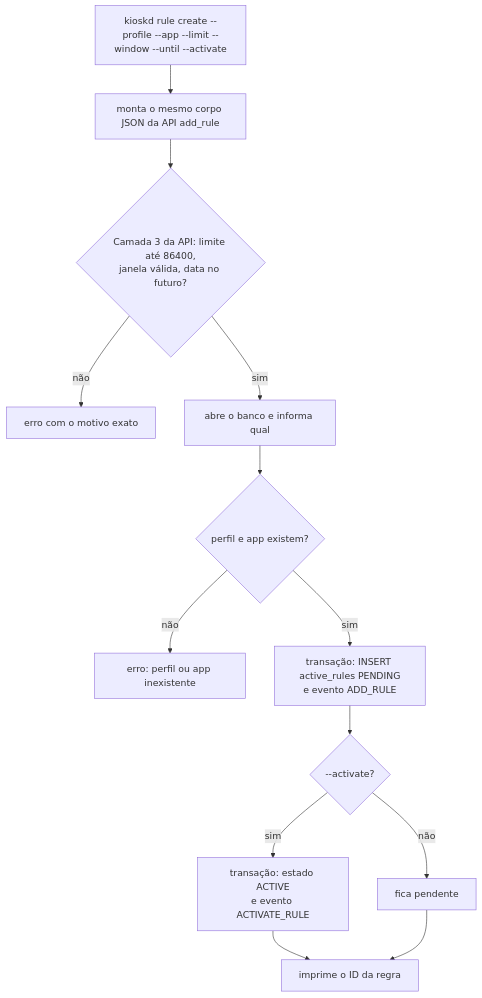
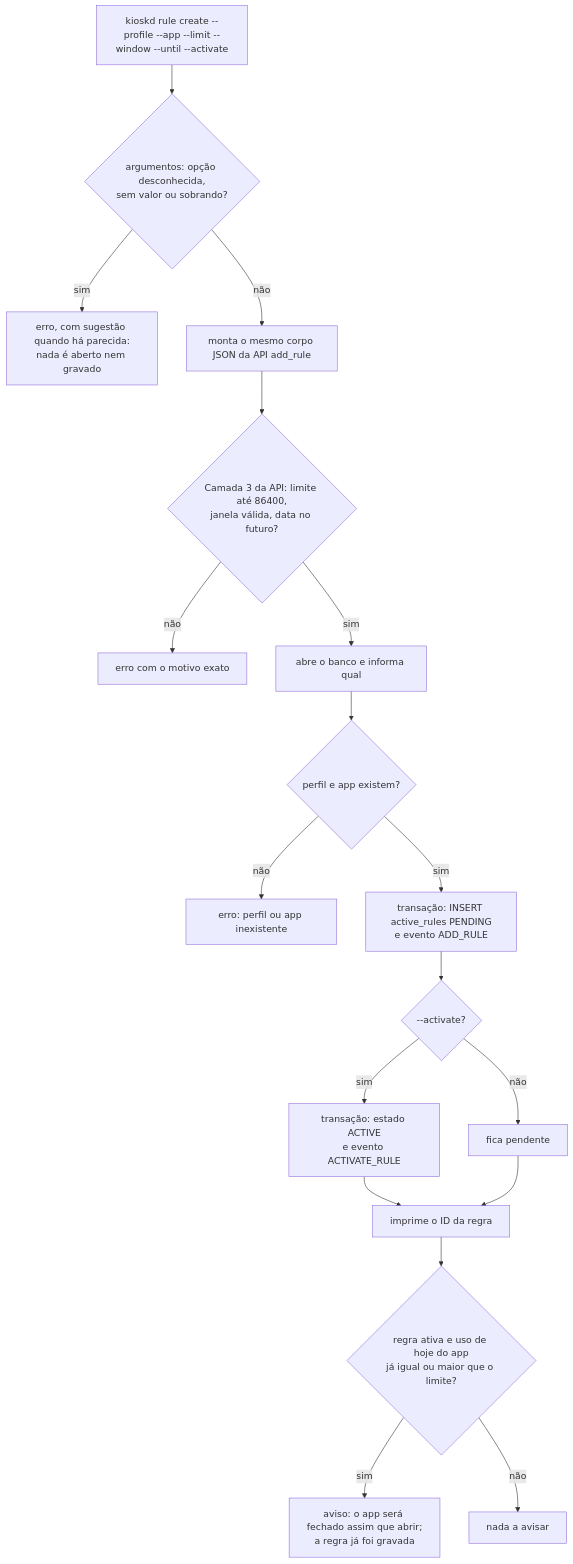
One commit to jefersonlop3s/kiosk-engine changed diagram 13 of 28 in docs/architecture/fluxos-dos-comandos.md. Above: the diagram before and after it, drawn with Mermaid. The commit also changed other lines of this file and 11 other files, not shown here.

First line of the commit message:
fix(cli): recusa opção desconhecida e avisa quando o limite já nasce ultrapassado

````diff
--- a/docs/architecture/fluxos-dos-comandos.md
+++ b/docs/architecture/fluxos-dos-comandos.md
@@ -200,15 +203,20 @@
 ```mermaid
 flowchart TD
-    A["kioskd rule create --profile --app --limit --window --until --activate"] --> B["monta o mesmo corpo JSON da API add_rule"]
+    A["kioskd rule create --profile --app --limit --window --until --activate"] --> A2{"argumentos: opção desconhecida,<br/>sem valor ou sobrando?"}
+    A2 -->|sim| E0["erro, com sugestão quando há parecida:<br/>nada é aberto nem gravado"]
+    A2 -->|não| B["monta o mesmo corpo JSON da API add_rule"]
     B --> C{"Camada 3 da API: limite até 86400,<br/>janela válida, data no futuro?"}
     C -->|não| E1["erro com o motivo exato"]
     C -->|sim| D["abre o banco e informa qual"]
     D --> F{"perfil e app existem?"}
     F -->|não| E2["erro: perfil ou app inexistente"]
     F -->|sim| G["transação: INSERT active_rules PENDING<br/>e evento ADD_RULE"]
     G --> H{"--activate?"}
     H -->|sim| I["transação: estado ACTIVE<br/>e evento ACTIVATE_RULE"]
     H -->|não| J["fica pendente"]
     I --> K["imprime o ID da regra"]
     J --> K
+    K --> W{"regra ativa e uso de hoje do app<br/>já igual ou maior que o limite?"}
+    W -->|sim| W1["aviso: o app será fechado assim que abrir;<br/>a regra já foi gravada"]
+    W -->|não| W2["nada a avisar"]
 ```
````
